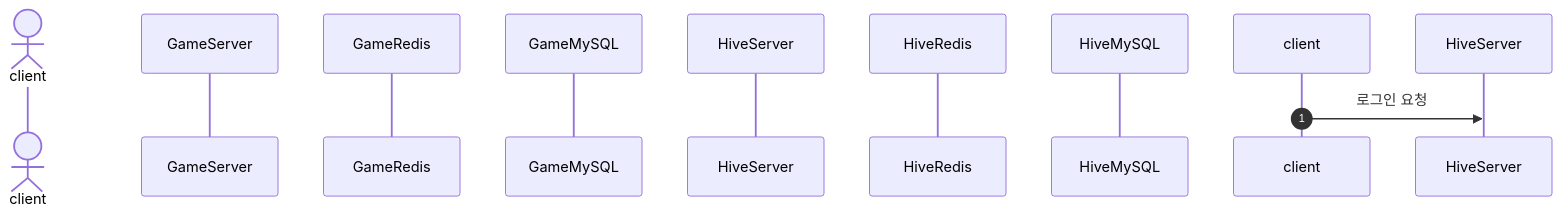
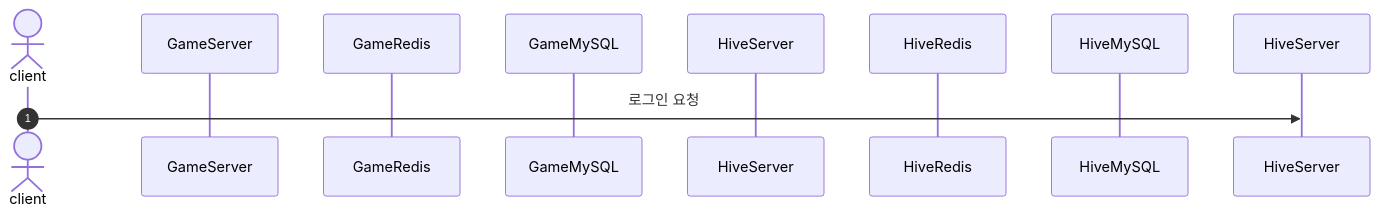
Before and after one commit to hhes0225/OmokServer: the second of 2 diagrams in SequenceDiagram.md, drawn with Mermaid.

````diff
--- a/SequenceDiagram.md
+++ b/SequenceDiagram.md
@@ -16,12 +16,12 @@
 ```mermaid
 sequenceDiagram
   autonumber
   actor A as client
   participant B as GameServer
   participant C as GameRedis
   participant D as GameMySQL
   participant E as HiveServer
   participant F as HiveRedis
   participant G as HiveMySQL
-  client->>HiveServer:로그인 요청
+  A->>HiveServer:로그인 요청
 ```
````
